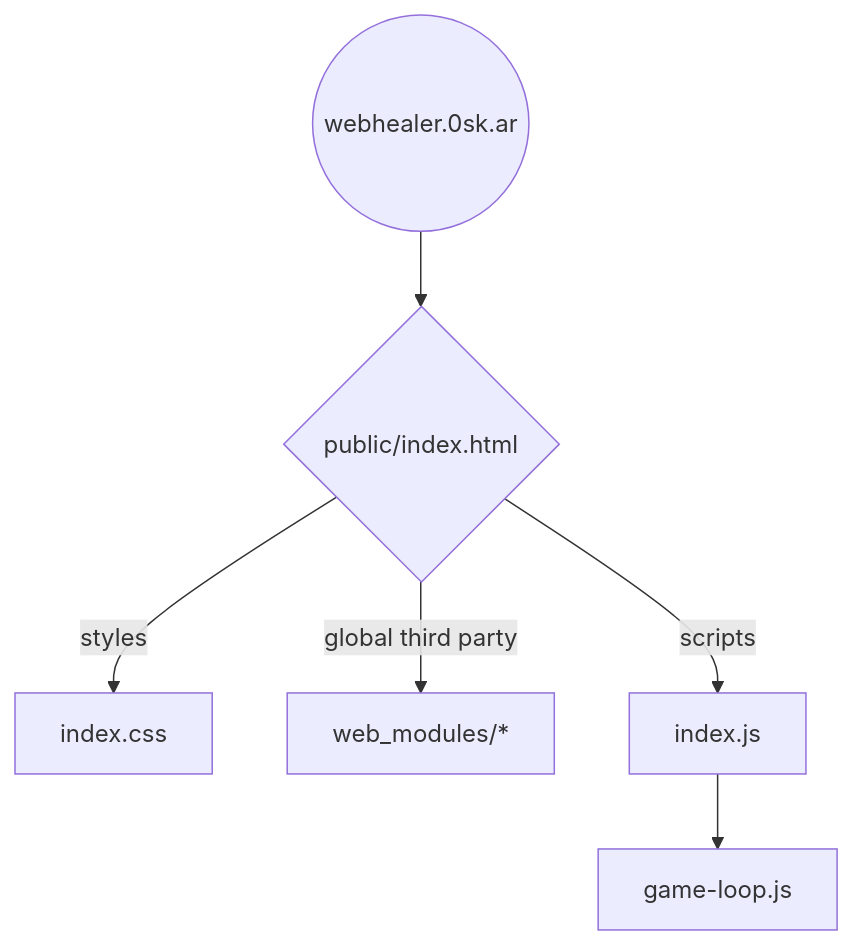
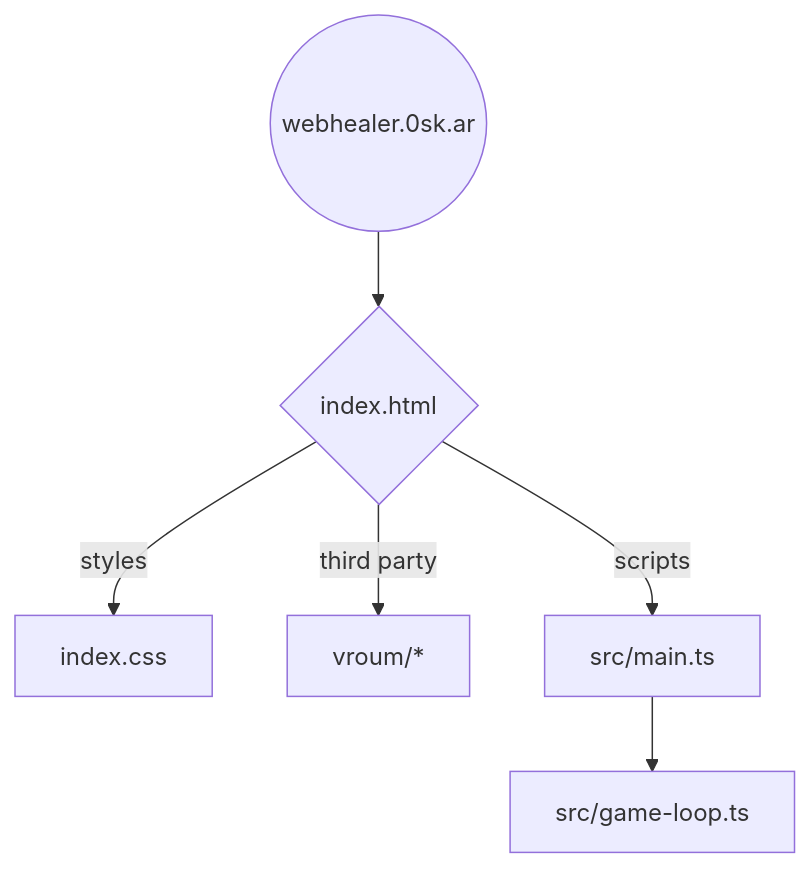
One commit to oskarrough/webhealer changed the first of 2 diagrams in README.md. Above: the diagram before and after it, drawn with Mermaid. The commit also changed other lines of this file, not shown here.

````diff
--- a/README.md
+++ b/README.md
@@ -42,8 +34,8 @@
 ```mermaid
 graph TD
-	www((webhealer.0sk.ar)) --> html{public/index.html}
+	www((webhealer.0sk.ar)) --> html{index.html}
 	html -->|styles| css[index.css]
-	html -->|global third party| deps[web_modules/*]
-	html -->|scripts| js[index.js]
-	js --> loop[game-loop.js]
+	html -->|third party| deps[vroum/*]
+	html -->|scripts| js[src/main.ts]
+	js --> loop[src/game-loop.ts]
 ```
````
